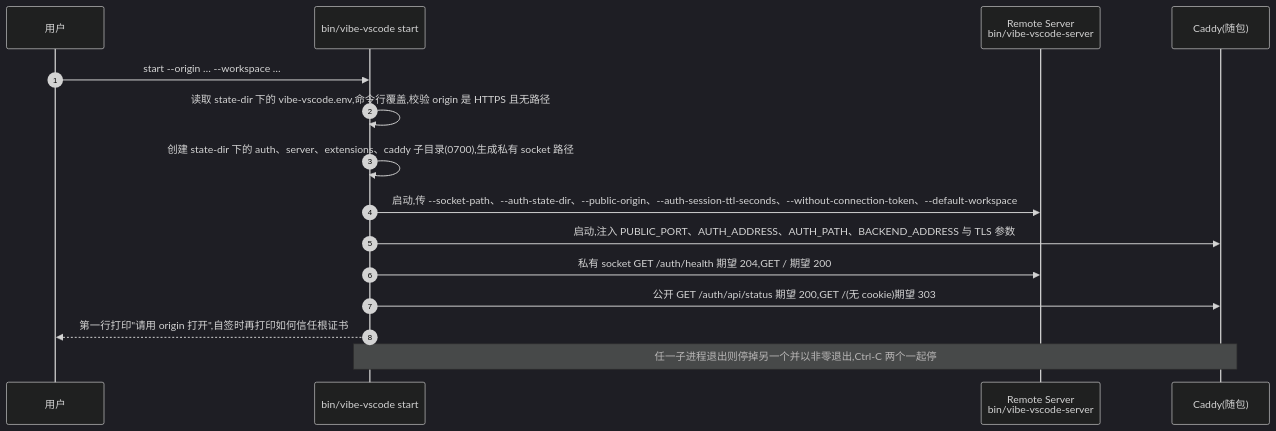
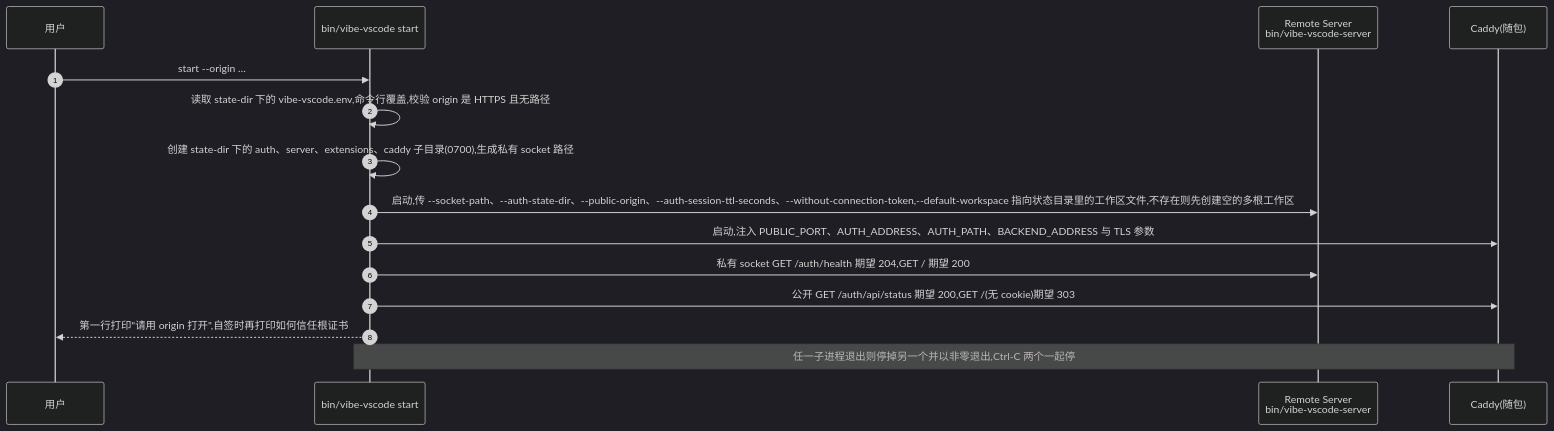
One commit to ActivePeter/vibe-vscode changed the diagram in vibe_vscode_doc/design/install_and_start.md. Above: the diagram before and after it, drawn with Mermaid (dark theme). The commit also changed other lines of this file, not shown here.

First line of the commit message:
docs: drop --workspace; the physical workspace lives in the state directory

````diff
--- a/vibe_vscode_doc/design/install_and_start.md
+++ b/vibe_vscode_doc/design/install_and_start.md
@@ -146,18 +143,18 @@
 ```mermaid
 sequenceDiagram
     autonumber
     participant User as 用户
     participant CLI as bin/vibe-vscode start
     participant Remote as Remote Server<br/>bin/vibe-vscode-server
     participant Caddy as Caddy(随包)
 
-    User->>CLI: start --origin … --workspace …
+    User->>CLI: start --origin …
     CLI->>CLI: 读取 state-dir 下的 vibe-vscode.env,命令行覆盖,校验 origin 是 HTTPS 且无路径
     CLI->>CLI: 创建 state-dir 下的 auth、server、extensions、caddy 子目录(0700),生成私有 socket 路径
-    CLI->>Remote: 启动,传 --socket-path、--auth-state-dir、--public-origin、--auth-session-ttl-seconds、--without-connection-token、--default-workspace
+    CLI->>Remote: 启动,传 --socket-path、--auth-state-dir、--public-origin、--auth-session-ttl-seconds、--without-connection-token,--default-workspace 指向状态目录里的工作区文件,不存在则先创建空的多根工作区
     CLI->>Caddy: 启动,注入 PUBLIC_PORT、AUTH_ADDRESS、AUTH_PATH、BACKEND_ADDRESS 与 TLS 参数
     CLI->>Remote: 私有 socket GET /auth/health 期望 204,GET / 期望 200
     CLI->>Caddy: 公开 GET /auth/api/status 期望 200,GET /(无 cookie)期望 303
     CLI-->>User: 第一行打印"请用 origin 打开",自签时再打印如何信任根证书
     Note over CLI,Caddy: 任一子进程退出则停掉另一个并以非零退出,Ctrl-C 两个一起停
 ```
````
